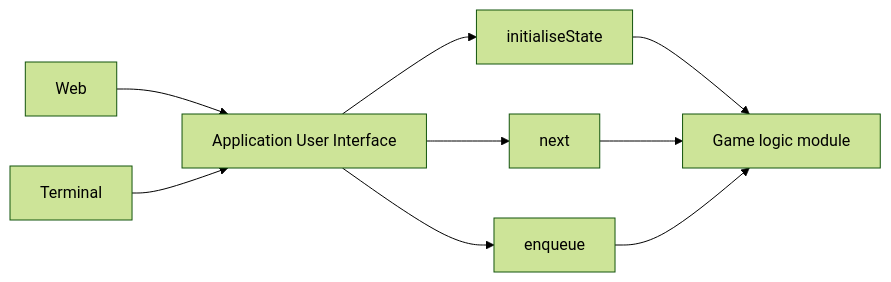
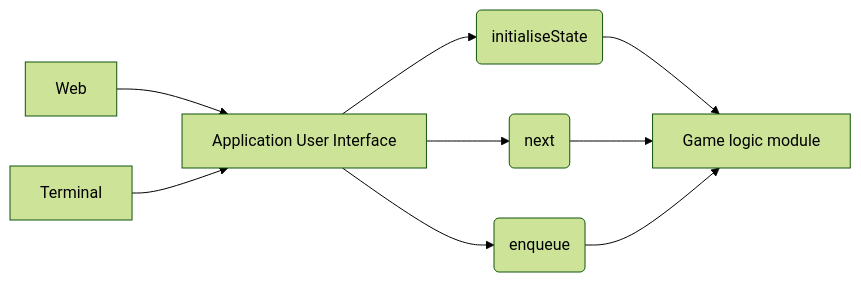
One commit to TracyGJG/fp-games changed the diagram in README.md. Above: the diagram before and after it, drawn with Mermaid (forest theme).

Commit message:
Update README.md
Diagram revised (minor).

````diff
--- a/README.md
+++ b/README.md
@@ -100,16 +100,16 @@
 ```mermaid
 flowchart LR
   W --> A
   T --> A
   A --> I --> G
   A --> N --> G
   A --> E --> G
 
 W[Web]
 T[Terminal]
 A[Application User Interface]
 G[Game logic module]
-I[initialiseState]
-N[next]
-E[enqueue]
+I(initialiseState)
+N(next)
+E(enqueue)
 ```
````
